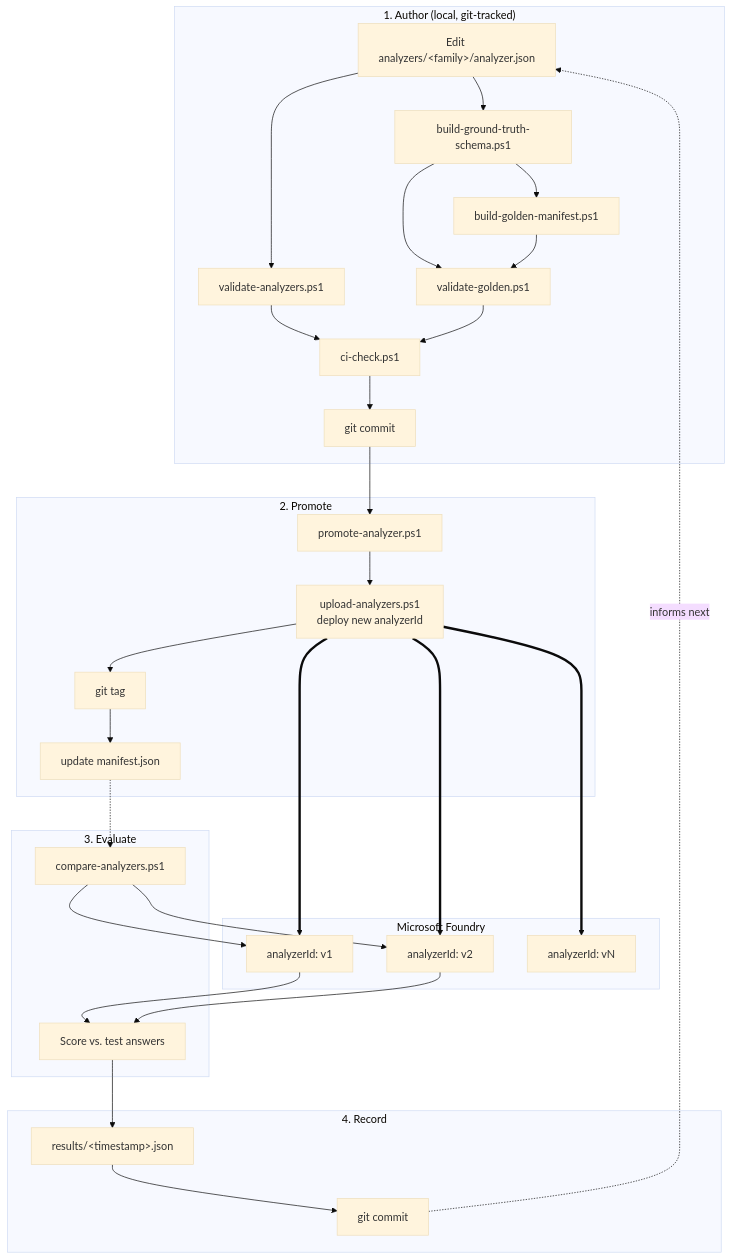
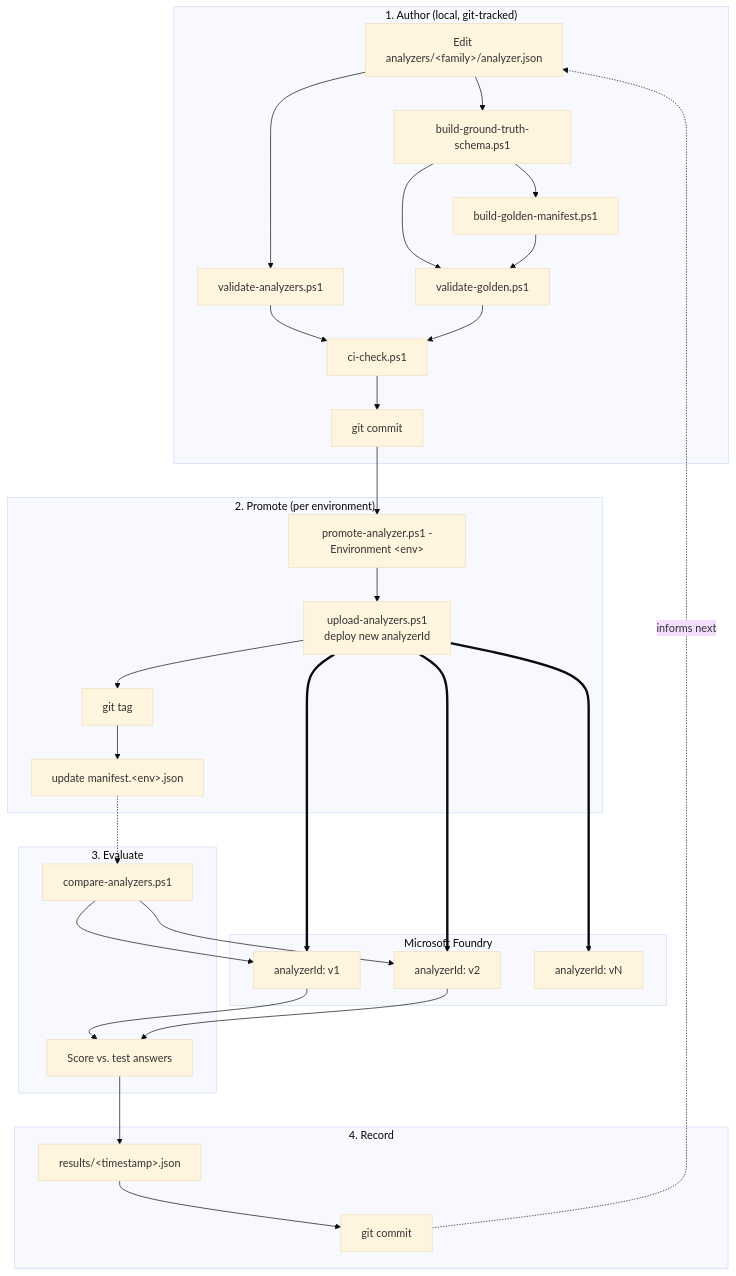
The third of 3 diagrams in docs/mlops-pipeline.md (georgeollis/content-understanding-mlops), drawn with Mermaid (base theme) before and after one commit. The commit also changed other lines of this file and 10 other files, not shown here.

````diff
--- a/docs/mlops-pipeline.md
+++ b/docs/mlops-pipeline.md
@@ -95,59 +133,59 @@
 ```mermaid
 graph TB
     subgraph AUTHOR["1. Author (local, git-tracked)"]
         EDIT["Edit analyzers/&lt;family&gt;/analyzer.json"]
         VALA["validate-analyzers.ps1"]
         GTSCHEMA["build-ground-truth-schema.ps1"]
         GOLDMAN["build-golden-manifest.ps1"]
         VALG["validate-golden.ps1"]
         CI["ci-check.ps1"]
         COMMIT["git commit"]
 
         EDIT --> VALA
         EDIT --> GTSCHEMA --> VALG
         GTSCHEMA --> GOLDMAN --> VALG
         VALA --> CI
         VALG --> CI
         CI --> COMMIT
     end
 
-    subgraph PROMOTE["2. Promote"]
-        PROMOTESCRIPT["promote-analyzer.ps1"]
+    subgraph PROMOTE["2. Promote (per environment)"]
+        PROMOTESCRIPT["promote-analyzer.ps1 -Environment &lt;env&gt;"]
         UPLOAD["upload-analyzers.ps1<br/>deploy new analyzerId"]
         TAG["git tag"]
-        MANIFEST["update manifest.json"]
+        MANIFEST["update manifest.&lt;env&gt;.json"]
 
         COMMIT --> PROMOTESCRIPT
         PROMOTESCRIPT --> UPLOAD --> TAG --> MANIFEST
     end
 
     subgraph AZURE["Microsoft Foundry"]
         ANALYZERV1["analyzerId: v1"]
         ANALYZERV2["analyzerId: v2"]
         ANALYZERVN["analyzerId: vN"]
     end
 
     UPLOAD ==> ANALYZERV1
     UPLOAD ==> ANALYZERV2
     UPLOAD ==> ANALYZERVN
 
     subgraph EVALUATE["3. Evaluate"]
         COMPARESCRIPT["compare-analyzers.ps1"]
         SCORE["Score vs. test answers"]
 
         MANIFEST -.-> COMPARESCRIPT
         COMPARESCRIPT --> ANALYZERV1
         COMPARESCRIPT --> ANALYZERV2
         ANALYZERV1 --> SCORE
         ANALYZERV2 --> SCORE
     end
 
     subgraph RECORD["4. Record"]
         REPORT["results/&lt;timestamp&gt;.json"]
         COMMIT2["git commit"]
 
         SCORE --> REPORT --> COMMIT2
     end
 
     COMMIT2 -.->|"informs next"| EDIT
 ```
````
